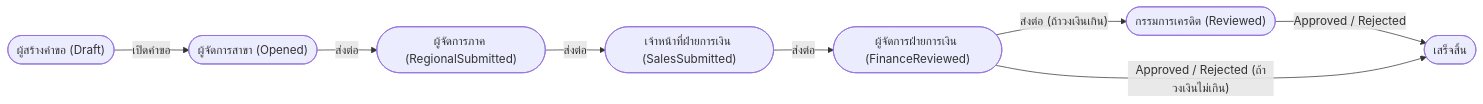
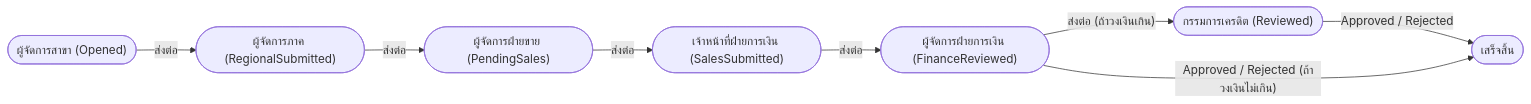
The third of 3 diagrams in docs/presentations/05_IT_Support_Handover_Slides.md (JinnawatJid/iNsightDocs), drawn with Mermaid before and after one commit.

Commit message:
docs(presentations): refine workflow roles in slide 8
Updated the Mermaid diagram in Slide 8. Removed the initial Draft state to set the Branch Manager (Opened) as the starting point of the approval workflow, as requested. Additionally, re-inserted the 'Sales Manager (PendingSales)' node to ensure the documented workflow chain accurately and completely matches the application's actual timeline.

````diff
--- a/docs/presentations/05_IT_Support_Handover_Slides.md
+++ b/docs/presentations/05_IT_Support_Handover_Slides.md
@@ -101,11 +101,11 @@
 ```mermaid
 flowchart LR
-    A(["ผู้สร้างคำขอ (Draft)"]) -->|"เปิดคำขอ"| B(["ผู้จัดการสาขา (Opened)"])
-    B -->|"ส่งต่อ"| C(["ผู้จัดการภาค (RegionalSubmitted)"])
+    A(["ผู้จัดการสาขา (Opened)"]) -->|"ส่งต่อ"| B(["ผู้จัดการภาค (RegionalSubmitted)"])
+    B -->|"ส่งต่อ"| C(["ผู้จัดการฝ่ายขาย (PendingSales)"])
     C -->|"ส่งต่อ"| D(["เจ้าหน้าที่ฝ่ายการเงิน (SalesSubmitted)"])
     D -->|"ส่งต่อ"| E(["ผู้จัดการฝ่ายการเงิน (FinanceReviewed)"])
     E -->|"ส่งต่อ (ถ้าวงเงินเกิน)"| F(["กรรมการเครดิต (Reviewed)"])
 
     F -->|"Approved / Rejected"| G(["เสร็จสิ้น"])
     E -->|"Approved / Rejected (ถ้าวงเงินไม่เกิน)"| G
 ```
````
